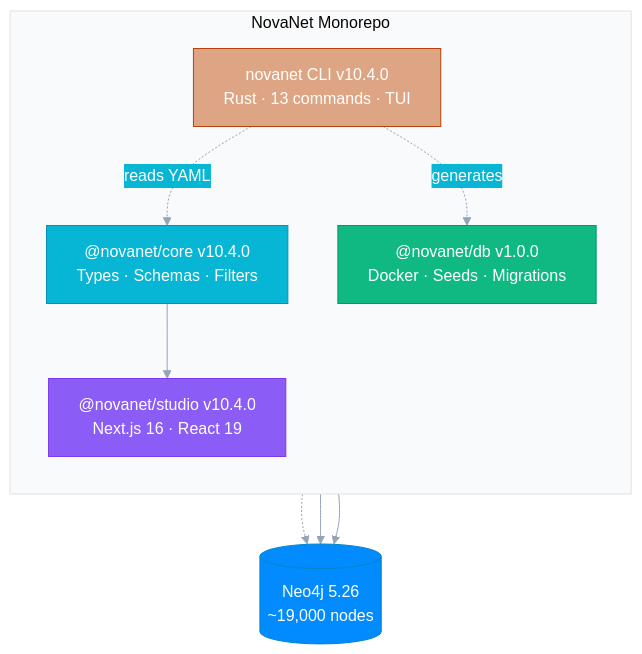
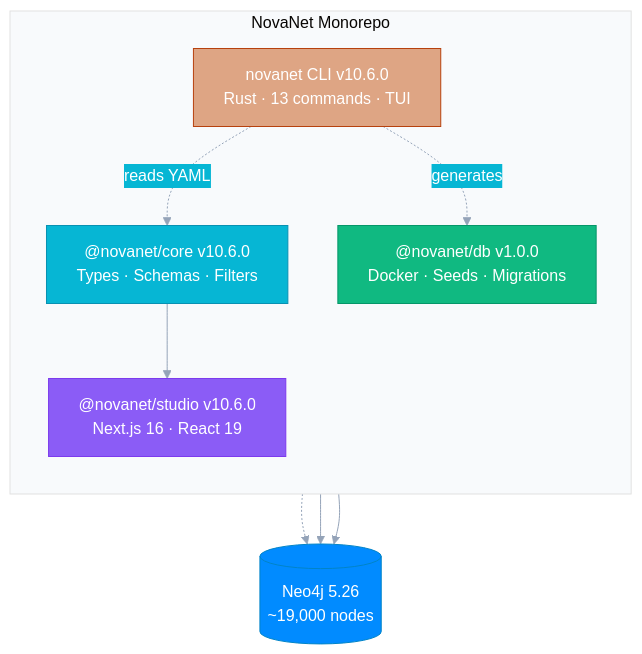
One commit to supernovae-st/novanet changed the diagram in README.md. Above: the diagram before and after it, drawn with Mermaid. The commit also changed other lines of this file and 209 other files, not shown here.

First line of the commit message:
feat(schema): add SEO Schema v2 with ATP support

````diff
--- a/README.md
+++ b/README.md
@@ -45,33 +45,33 @@
 ```mermaid
 %%{init: {'theme': 'base', 'themeVariables': {
   'primaryColor': '#6366f1',
   'primaryTextColor': '#fff',
   'primaryBorderColor': '#4f46e5',
   'lineColor': '#94a3b8',
   'secondaryColor': '#06b6d4',
   'tertiaryColor': '#f8fafc'
 }}}%%
 flowchart TB
     subgraph MONO["NovaNet Monorepo"]
         direction TB
-        CORE["@novanet/core v10.4.0\nTypes · Schemas · Filters"]
+        CORE["@novanet/core v10.6.0\nTypes · Schemas · Filters"]
         DB["@novanet/db v1.0.0\nDocker · Seeds · Migrations"]
-        STUDIO["@novanet/studio v10.4.0\nNext.js 16 · React 19"]
-        RUST["novanet CLI v10.4.0\nRust · 13 commands · TUI"]
+        STUDIO["@novanet/studio v10.6.0\nNext.js 16 · React 19"]
+        RUST["novanet CLI v10.6.0\nRust · 13 commands · TUI"]
     end
 
     CORE --> STUDIO
     RUST -.->|reads YAML| CORE
     RUST -.->|generates| DB
 
     NEO4J[("Neo4j 5.26\n~19,000 nodes")]
     DB -.-> NEO4J
     STUDIO --> NEO4J
     RUST --> NEO4J
 
     style CORE fill:#06b6d4,stroke:#0891b2,color:#fff
     style DB fill:#10b981,stroke:#059669,color:#fff
     style STUDIO fill:#8b5cf6,stroke:#7c3aed,color:#fff
     style RUST fill:#DEA584,stroke:#B7410E,color:#fff
     style NEO4J fill:#018bff,stroke:#0284c7,color:#fff
 ```
````
